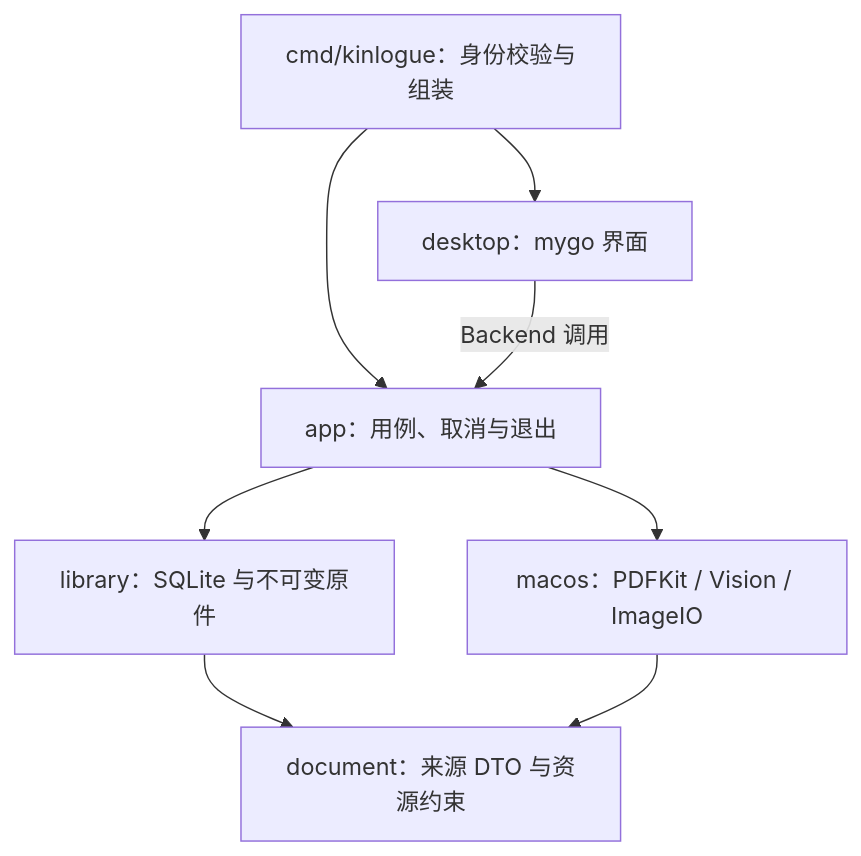
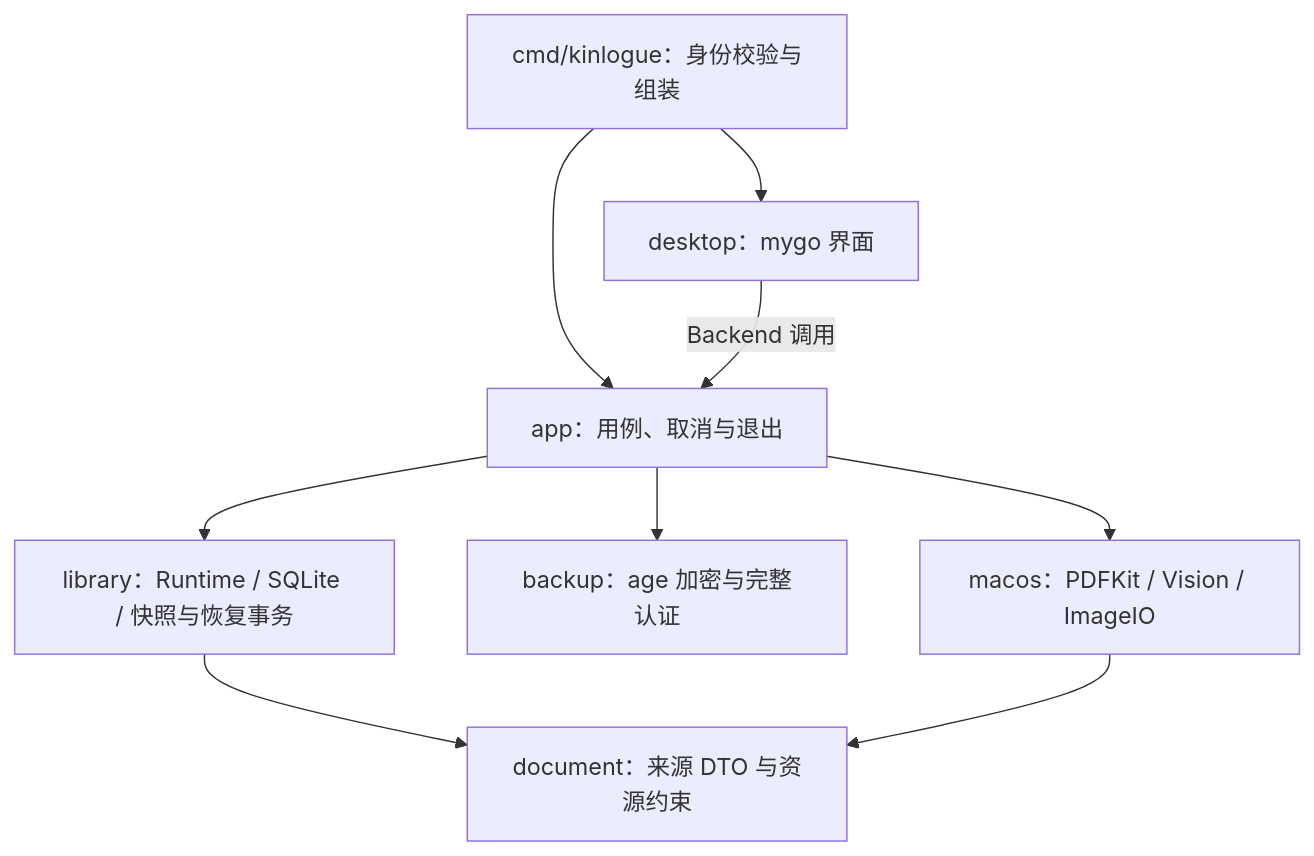
The diagram in docs/go-native-preview.md (renyijiu/kinlogue), drawn with Mermaid before and after one commit. The commit also changed other lines of this file and 49 other files, not shown here.

First line of the commit message:
feat(go): add encrypted whole-library backup and restore

````diff
--- a/docs/go-native-preview.md
+++ b/docs/go-native-preview.md
@@ -27,10 +28,11 @@
 ```mermaid
 flowchart TD
   Main["cmd/kinlogue：身份校验与组装"] --> UI["desktop：mygo 界面"]
   Main --> App["app：用例、取消与退出"]
   UI -->|Backend 调用| App
-  App --> Library["library：SQLite 与不可变原件"]
+  App --> Library["library：Runtime / SQLite / 快照与恢复事务"]
+  App --> Backup["backup：age 加密与完整认证"]
   App --> Native["macos：PDFKit / Vision / ImageIO"]
   Library --> Doc["document：来源 DTO 与资源约束"]
   Native --> Doc
 ```
````
